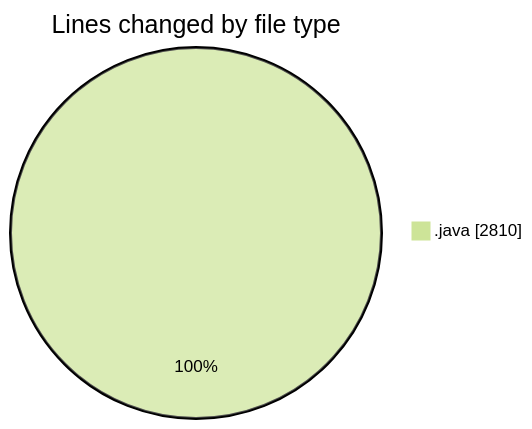
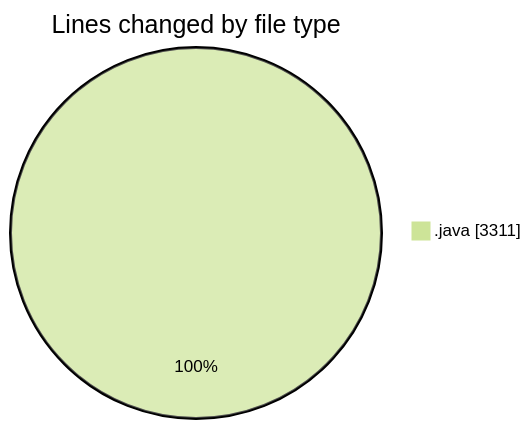
One commit to Elitesun/code-tracking changed the first of 2 diagrams in 2025-02-21/projet/README.md. Above: the diagram before and after it, drawn with Mermaid (forest theme). The commit also changed other lines of this file and 1 other file, not shown here.

````diff
--- a/2025-02-21/projet/README.md
+++ b/2025-02-21/projet/README.md
@@ -31,5 +34,5 @@
 ```mermaid
 pie showData
 title Lines changed by file type
-".java" : 2810
+".java" : 3311
 ```
````
